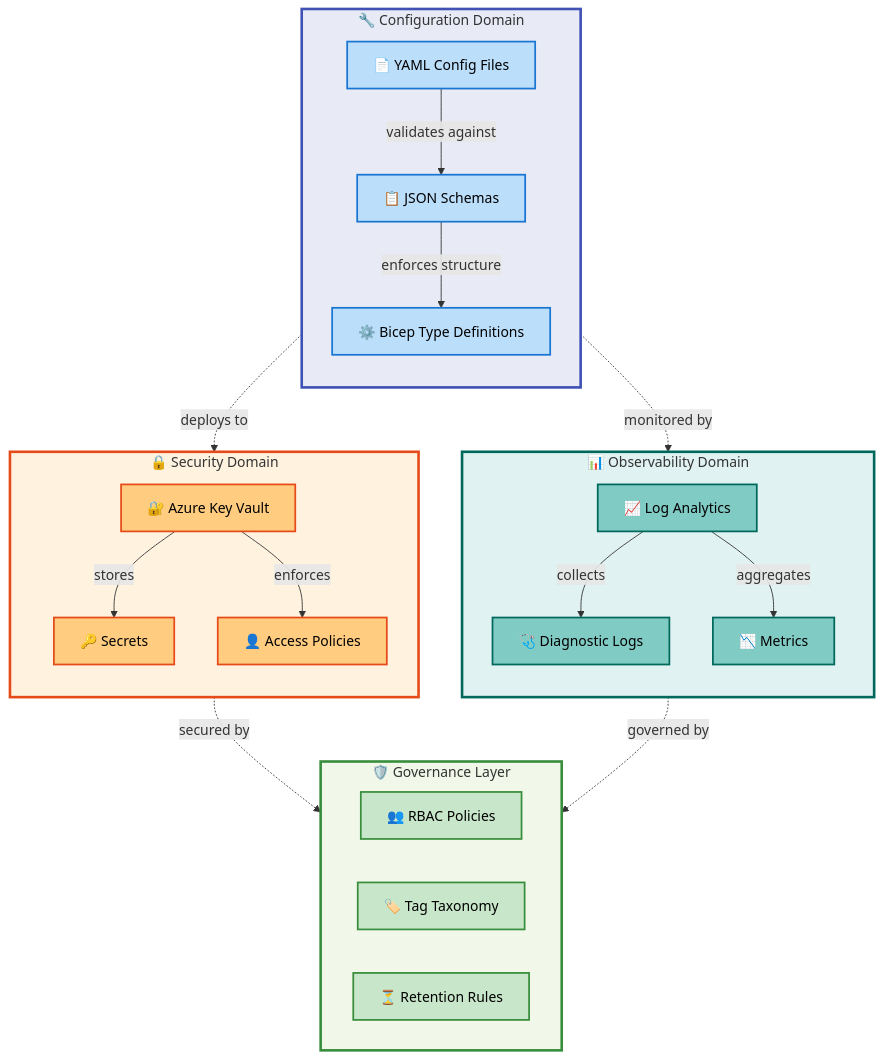
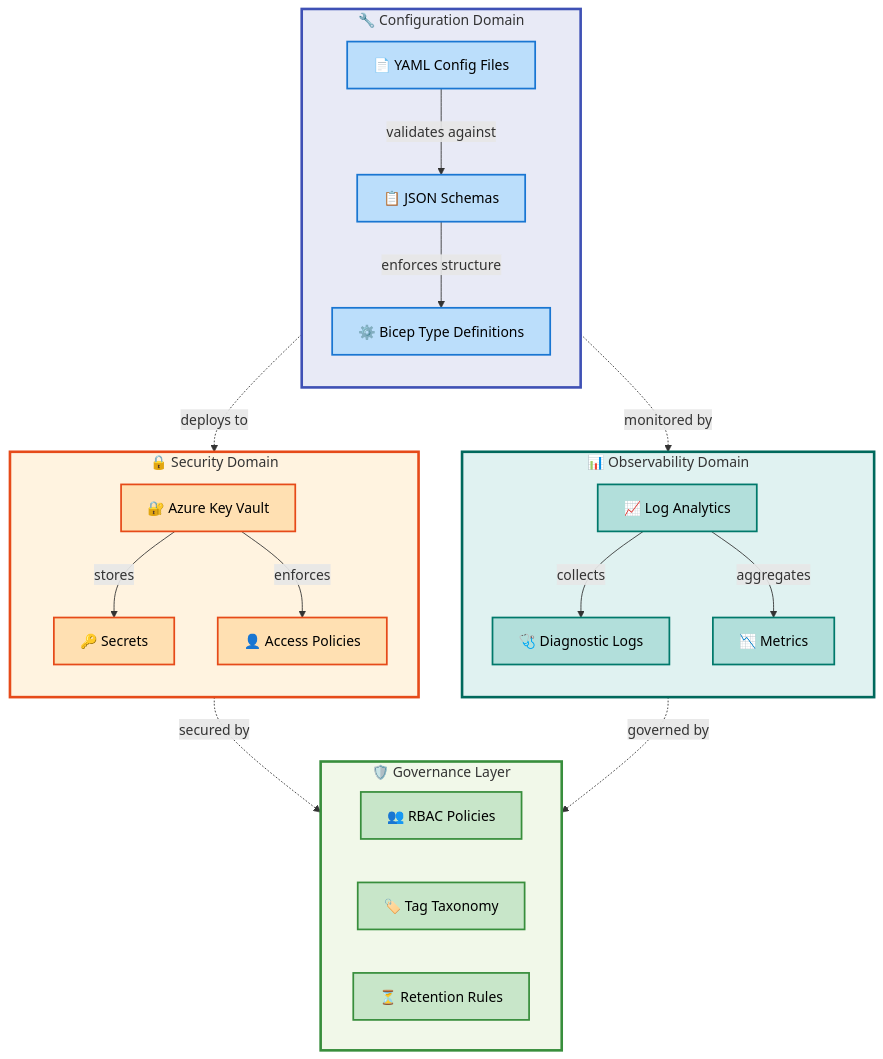
The first of 9 diagrams in docs/architecture/data-architecture.md (Evilazaro/DevExp-DevBox), drawn with Mermaid before and after one commit. The commit also changed other lines of this file, not shown here.

Commit message:
refactor: update color scheme documentation for data domains and flow stages

````diff
--- a/docs/architecture/data-architecture.md
+++ b/docs/architecture/data-architecture.md
@@ -216,67 +216,67 @@
 ```mermaid
 flowchart TB
     accTitle: Data Layer Architecture Landscape
     accDescr: Shows the three primary data domains in DevExp-DevBox with their storage locations and data flows. Configuration data flows from YAML files through Bicep deployment to Azure resources. Security data flows from Key Vault to deployed resources via secure parameter injection. Observability data flows from resources through diagnostic settings to Log Analytics.
 
     %% ============================================
     %% STANDARD COLOR SCHEME v2.8.0 - Material Design Compliant
     %% ============================================
     %% SEMANTIC COLORS (data domains - functional purpose):
     %%   Blue=#BBDEFB (Configuration Domain)
-    %%   Orange=#FFCC80 (Security Domain - Orange 200 for distinction)
-    %%   Teal=#80CBC4 (Observability Domain - Teal 200 for distinction)
+    %%   Orange=#FFE0B2 (Security Domain)
+    %%   Teal=#B2DFDB (Observability Domain)
     %%   Green=#C8E6C9 (Governance Layer)
     %%   Indigo=#3F51B5 (Special emphasis nodes)
-    %% Material Design palette with WCAG AA compliance
+    %% Material Design 100-level palette with WCAG AA compliance
     %% ============================================
 
     classDef mdIndigoDark fill:#3F51B5,stroke:#1A237E,stroke-width:3px,color:#FFF
     classDef mdBlue fill:#BBDEFB,stroke:#1976D2,stroke-width:2px,color:#000
-    classDef mdOrange fill:#FFCC80,stroke:#E64A19,stroke-width:2px,color:#000
-    classDef mdTeal fill:#80CBC4,stroke:#00695C,stroke-width:2px,color:#000
+    classDef mdOrange fill:#FFE0B2,stroke:#E64A19,stroke-width:2px,color:#000
+    classDef mdTeal fill:#B2DFDB,stroke:#00796B,stroke-width:2px,color:#000
     classDef mdGreen fill:#C8E6C9,stroke:#388E3C,stroke-width:2px,color:#000
 
     subgraph ConfigDomain["🔧 Configuration Domain"]
         direction TB
         YAML["📄 YAML Config Files"]:::mdBlue
         Schema["📋 JSON Schemas"]:::mdBlue
         Bicep["⚙️ Bicep Type Definitions"]:::mdBlue
         YAML -->|validates against| Schema
         Schema -->|enforces structure| Bicep
     end
 
     subgraph SecurityDomain["🔒 Security Domain"]
         direction TB
         KV["🔐 Azure Key Vault"]:::mdOrange
         Secrets["🔑 Secrets"]:::mdOrange
         AccessPolicies["👤 Access Policies"]:::mdOrange
         KV -->|stores| Secrets
         KV -->|enforces| AccessPolicies
     end
 
     subgraph ObservabilityDomain["📊 Observability Domain"]
         direction TB
         LA["📈 Log Analytics"]:::mdTeal
         Diagnostics["🩺 Diagnostic Logs"]:::mdTeal
         Metrics["📉 Metrics"]:::mdTeal
         LA -->|collects| Diagnostics
         LA -->|aggregates| Metrics
     end
 
     subgraph Governance["🛡️ Governance Layer"]
         direction LR
         RBAC["👥 RBAC Policies"]:::mdGreen
         Tags["🏷️ Tag Taxonomy"]:::mdGreen
         Retention["⏳ Retention Rules"]:::mdGreen
     end
 
     ConfigDomain -.->|deploys to| SecurityDomain
     SecurityDomain -.->|secured by| Governance
     ObservabilityDomain -.->|governed by| Governance
     ConfigDomain -.->|monitored by| ObservabilityDomain
 
     style ConfigDomain fill:#E8EAF6,stroke:#3F51B5,stroke-width:3px
     style SecurityDomain fill:#FFF3E0,stroke:#E64A19,stroke-width:3px
     style ObservabilityDomain fill:#E0F2F1,stroke:#00695C,stroke-width:3px
     style Governance fill:#F1F8E9,stroke:#388E3C,stroke-width:3px
 ```
````
